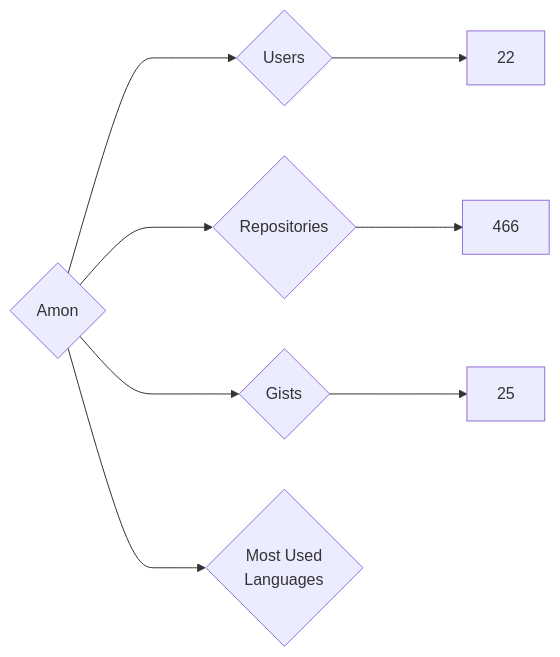
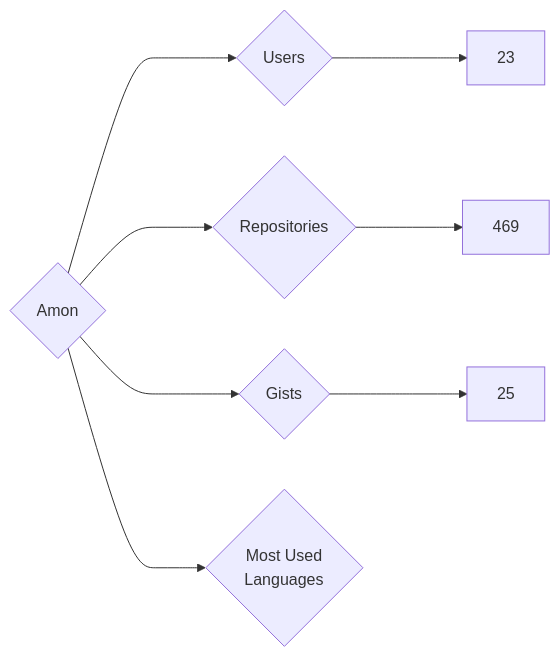
The diagram in targets/Amon/README.md (nenadzaric/insiders), drawn with Mermaid before and after one commit. The commit also changed 53 other files, not shown here.

````diff
--- a/targets/Amon/README.md
+++ b/targets/Amon/README.md
@@ -3,8 +3,8 @@
 ```mermaid
 graph LR
 COMPANY_NAME{Amon}
-COMPANY_NAME ---> U{Users} ---> UN[22]
-COMPANY_NAME ---> R{Repositories} ---> RN[466]
+COMPANY_NAME ---> U{Users} ---> UN[23]
+COMPANY_NAME ---> R{Repositories} ---> RN[469]
 COMPANY_NAME ---> G{Gists} ---> GN[25]
 COMPANY_NAME ---> ML{Most Used<br>Languages}
 ```
````
